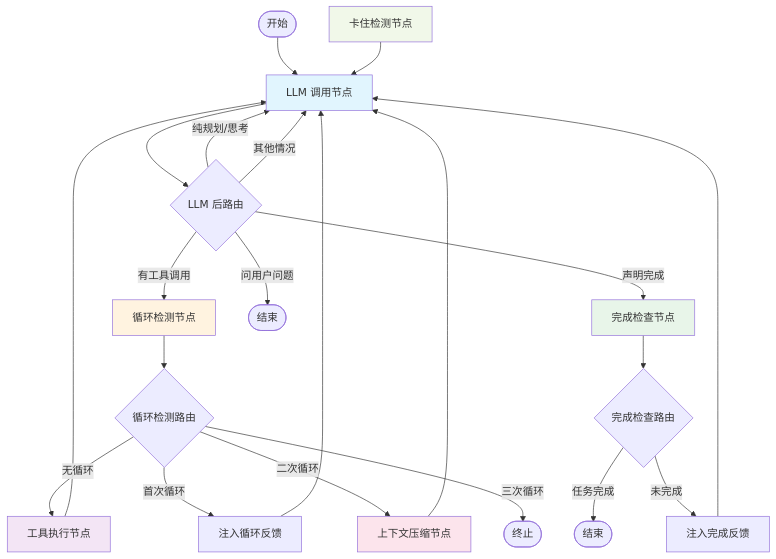
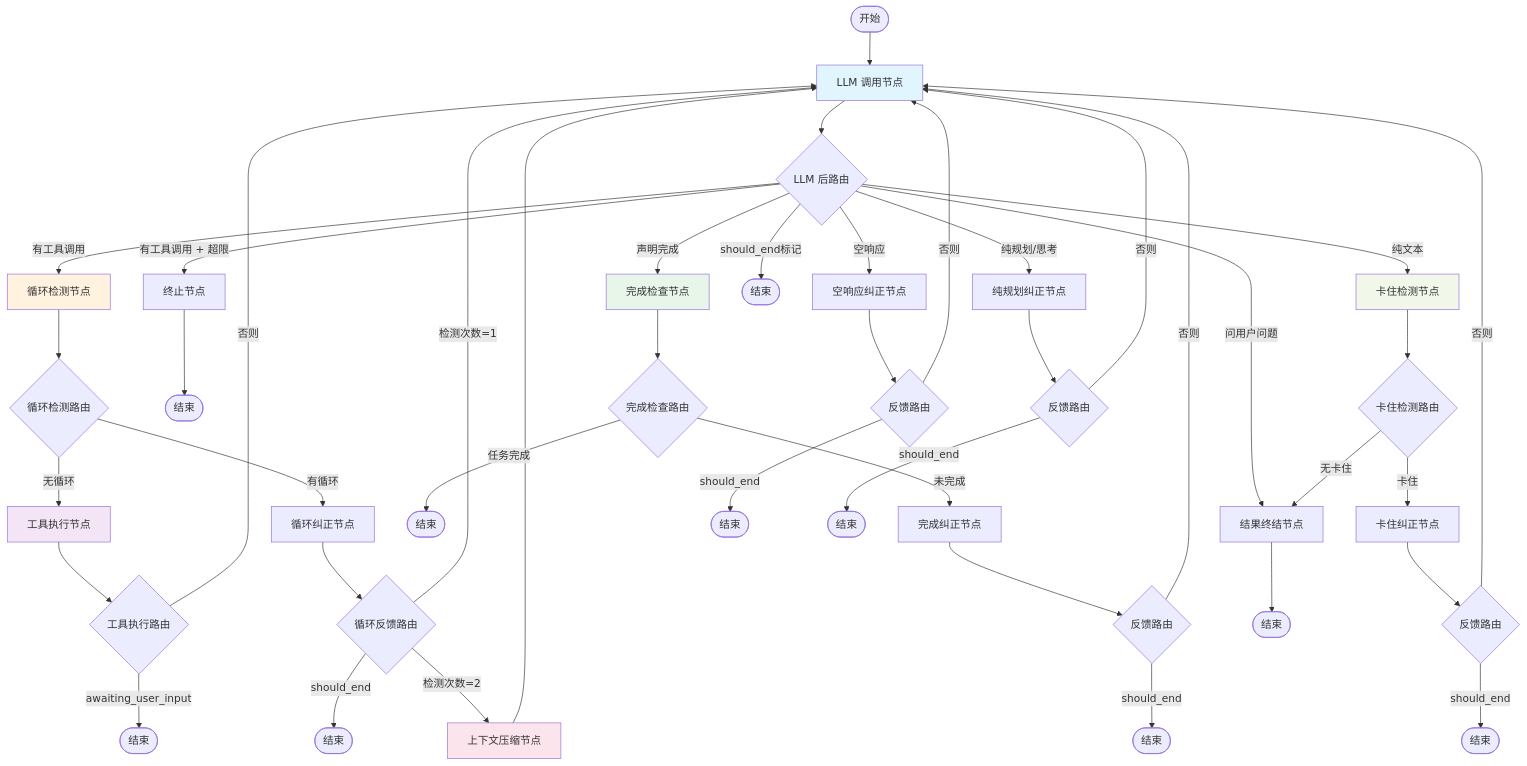
The diagram in docs/langgraph-workflow.md (solarest/yanyun-agent), drawn with Mermaid before and after one commit. The commit also changed other lines of this file and 46 other files, not shown here.

````diff
--- a/docs/langgraph-workflow.md
+++ b/docs/langgraph-workflow.md
@@ -9,36 +9,62 @@
 ```mermaid
 graph TB
     Start([开始]) --> llm_call[LLM 调用节点]
     
     llm_call --> route_after_llm{LLM 后路由}
     
+    route_after_llm -->|有工具调用 + 超限| terminate[终止节点]
     route_after_llm -->|有工具调用| loop_detect[循环检测节点]
     route_after_llm -->|声明完成| complete_check[完成检查节点]
-    route_after_llm -->|纯规划/思考| llm_call
-    route_after_llm -->|问用户问题| End1([结束])
-    route_after_llm -->|其他情况| llm_call
+    route_after_llm -->|空响应| empty_feedback[空响应纠正节点]
+    route_after_llm -->|纯规划/思考| planning_feedback[纯规划纠正节点]
+    route_after_llm -->|问用户问题| finalize_result[结果终结节点]
+    route_after_llm -->|纯文本| stuck_detect[卡住检测节点]
+    route_after_llm -->|should_end标记| End1([结束])
     
     loop_detect --> route_loop{循环检测路由}
     route_loop -->|无循环| tool_execute[工具执行节点]
-    route_loop -->|首次循环| inject_feedback[注入循环反馈]
-    route_loop -->|二次循环| context_compact[上下文压缩节点]
-    route_loop -->|三次循环| End2([终止])
+    route_loop -->|有循环| loop_feedback[循环纠正节点]
     
-    inject_feedback --> llm_call
+    loop_feedback --> route_loop_fb{循环反馈路由}
+    route_loop_fb -->|should_end| End2([结束])
+    route_loop_fb -->|检测次数=2| context_compact[上下文压缩节点]
+    route_loop_fb -->|检测次数=1| llm_call
+    
     context_compact --> llm_call
-    tool_execute --> llm_call
+    tool_execute --> route_tool{工具执行路由}
+    route_tool -->|awaiting_user_input| End3([结束])
+    route_tool -->|否则| llm_call
+    
+    terminate --> End4([结束])
     
     complete_check --> route_complete{完成检查路由}
-    route_complete -->|任务完成| End3([结束])
-    route_complete -->|未完成| inject_complete_feedback[注入完成反馈]
-    inject_complete_feedback --> llm_call
+    route_complete -->|任务完成| End5([结束])
+    route_complete -->|未完成| completion_feedback[完成纠正节点]
+    completion_feedback --> route_cf{反馈路由}
+    route_cf -->|should_end| End6([结束])
+    route_cf -->|否则| llm_call
     
-    stuck_detect[卡住检测节点] --> llm_call
+    stuck_detect --> route_stuck{卡住检测路由}
+    route_stuck -->|无卡住| finalize_result
+    route_stuck -->|卡住| stuck_feedback[卡住纠正节点]
+    stuck_feedback --> route_sf{反馈路由}
+    route_sf -->|should_end| End7([结束])
+    route_sf -->|否则| llm_call
+    
+    empty_feedback --> route_ef{反馈路由}
+    route_ef -->|should_end| End8([结束])
+    route_ef -->|否则| llm_call
+    
+    planning_feedback --> route_pf{反馈路由}
+    route_pf -->|should_end| End9([结束])
+    route_pf -->|否则| llm_call
+    
+    finalize_result --> End10([结束])
     
     style llm_call fill:#e1f5fe
     style tool_execute fill:#f3e5f5
     style loop_detect fill:#fff3e0
     style complete_check fill:#e8f5e9
     style context_compact fill:#fce4ec
     style stuck_detect fill:#f1f8e9
 ```
````
